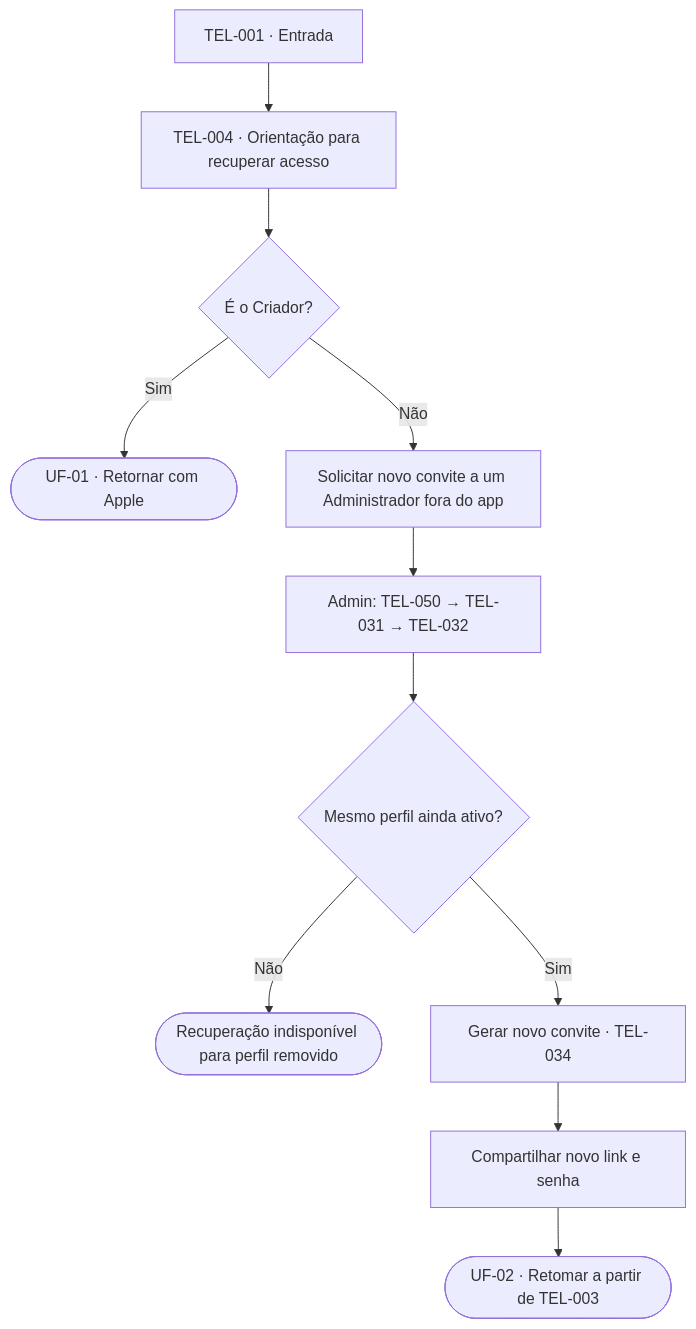
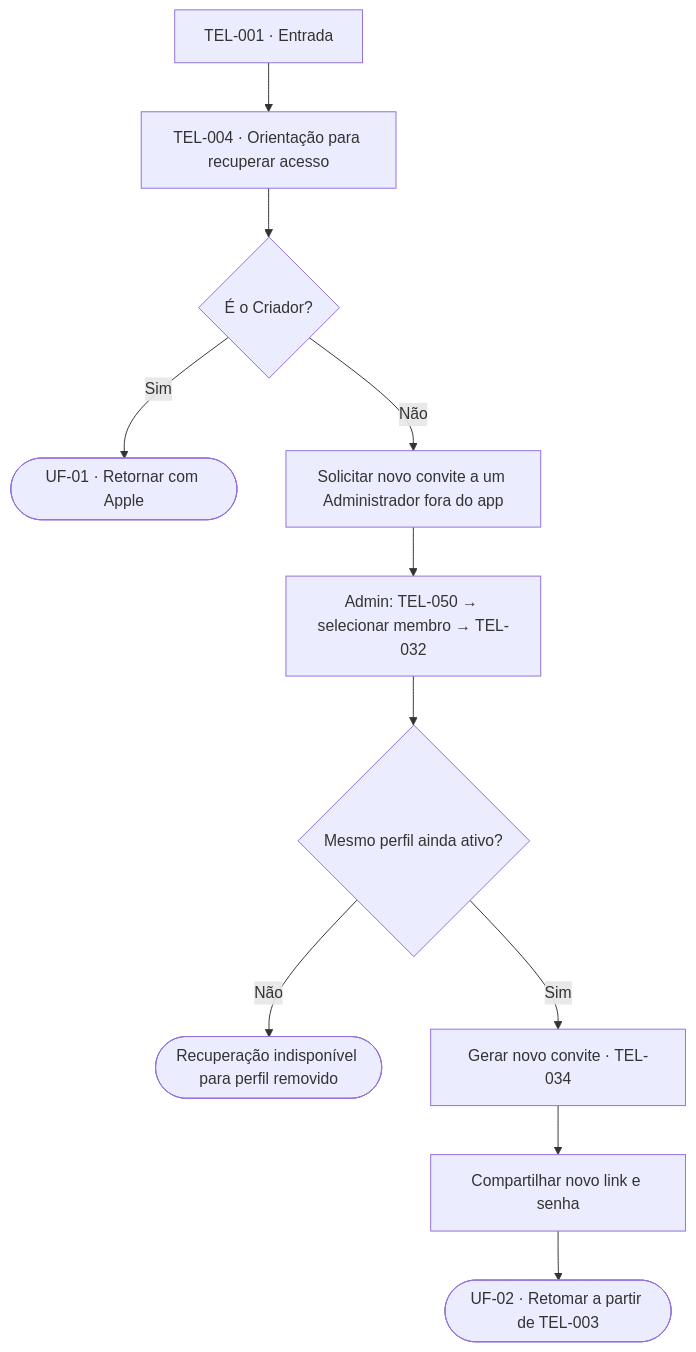
Before and after one commit to lizandramalta/App-Rotina-Familiar: the third of 15 diagrams in docs/design/user-flows.md, drawn with Mermaid. The commit also changed other lines of this file and 20 other files, not shown here.

````diff
--- a/docs/design/user-flows.md
+++ b/docs/design/user-flows.md
@@ -132,13 +131,13 @@
 ```mermaid
 flowchart TD
     A["TEL-001 · Entrada"] --> B["TEL-004 · Orientação para recuperar acesso"]
     B --> C{"É o Criador?"}
     C -->|Sim| D(["UF-01 · Retornar com Apple"])
     C -->|Não| E["Solicitar novo convite a um Administrador fora do app"]
-    E --> F["Admin: TEL-050 → TEL-031 → TEL-032"]
+    E --> F["Admin: TEL-050 → selecionar membro → TEL-032"]
     F --> G{"Mesmo perfil ainda ativo?"}
     G -->|Não| H(["Recuperação indisponível para perfil removido"])
     G -->|Sim| I["Gerar novo convite · TEL-034"]
     I --> J["Compartilhar novo link e senha"]
     J --> K(["UF-02 · Retomar a partir de TEL-003"])
 ```
````
